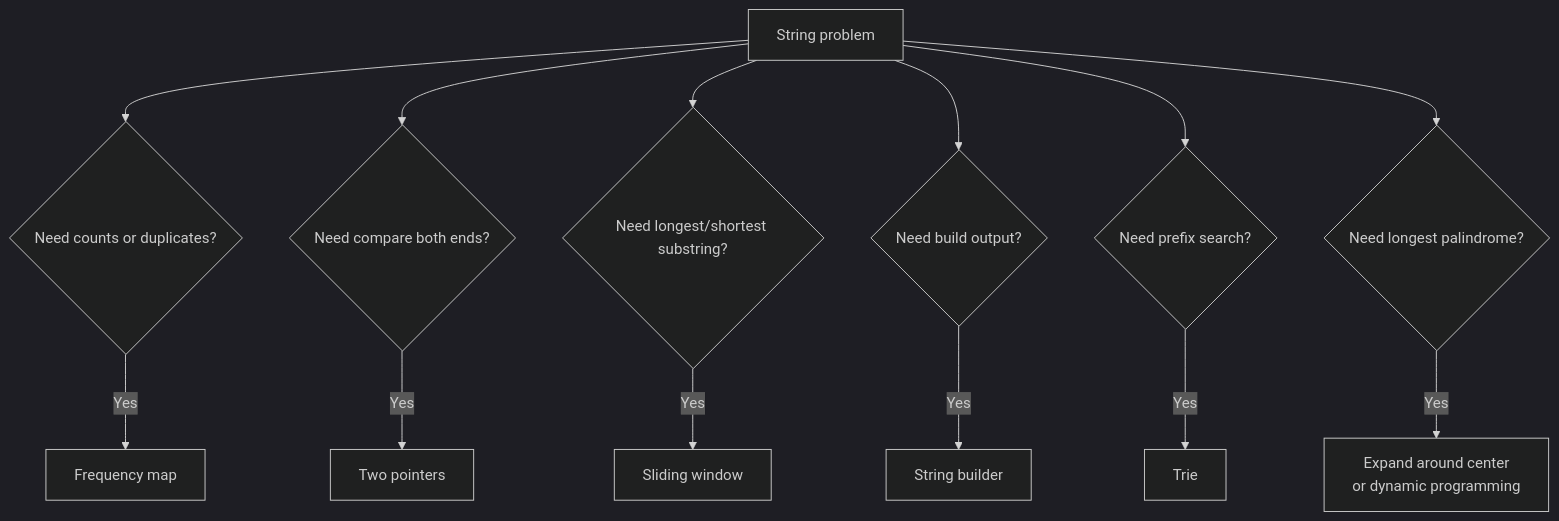
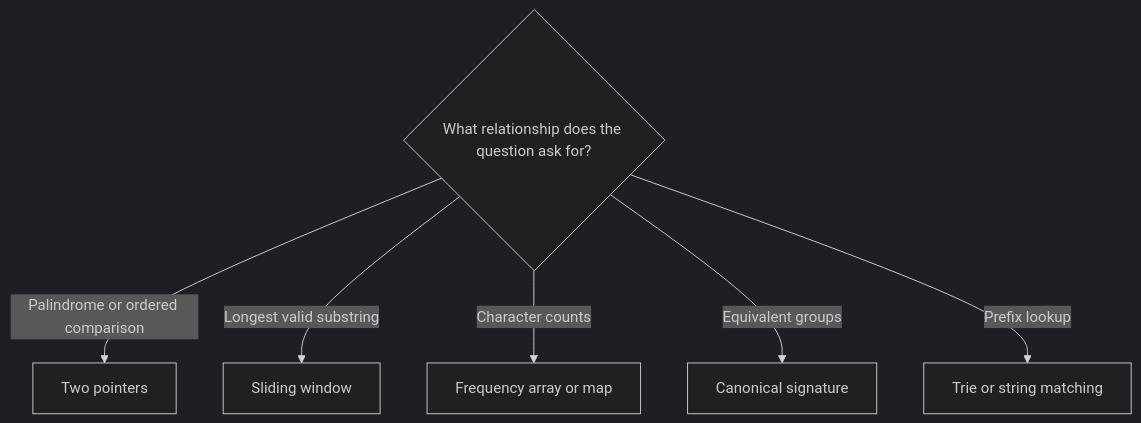
One commit to 9999dude/omega changed the third of 16 diagrams in docs/datastructures/strings.md. Above: the diagram before and after it, drawn with Mermaid (dark theme). The commit also changed other lines of this file and 58 other files, not shown here.

````diff
--- a/docs/datastructures/strings.md
+++ b/docs/datastructures/strings.md
@@ -316,22 +90,9 @@
 ```mermaid
 flowchart TD
-    Q["String problem"]
-
-    Q --> A{"Need counts or duplicates?"}
-    A -->|Yes| F["Frequency map"]
-
-    Q --> B{"Need compare both ends?"}
-    B -->|Yes| T["Two pointers"]
-
-    Q --> C{"Need longest/shortest substring?"}
-    C -->|Yes| W["Sliding window"]
-
-    Q --> D{"Need build output?"}
-    D -->|Yes| SB["String builder"]
-
-    Q --> E{"Need prefix search?"}
-    E -->|Yes| TR["Trie"]
-
-    Q --> G{"Need longest palindrome?"}
-    G -->|Yes| EX["Expand around center<br/>or dynamic programming"]
+    Q{"What relationship does the question ask for?"}
+    Q -->|"Palindrome or ordered comparison"| P0["Two pointers"]
+    Q -->|"Longest valid substring"| P1["Sliding window"]
+    Q -->|"Character counts"| P2["Frequency array or map"]
+    Q -->|"Equivalent groups"| P3["Canonical signature"]
+    Q -->|"Prefix lookup"| P4["Trie or string matching"]
 ```
````
